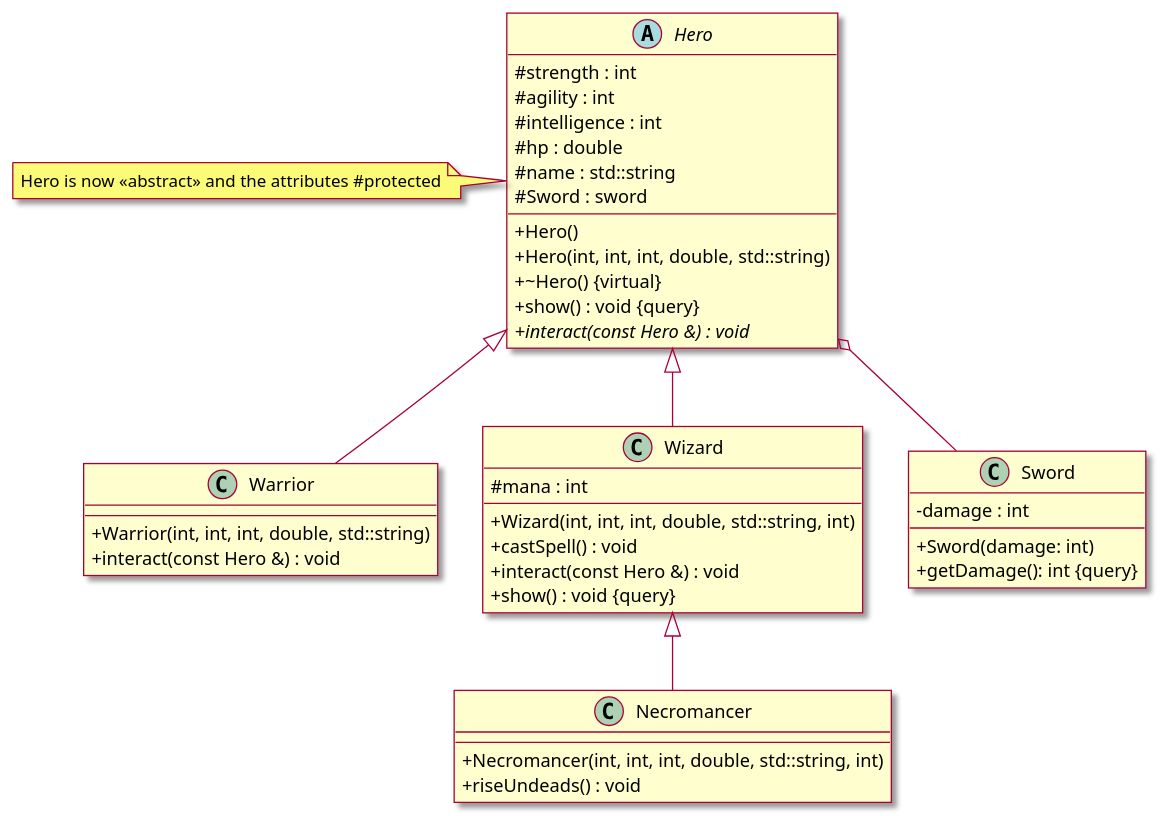
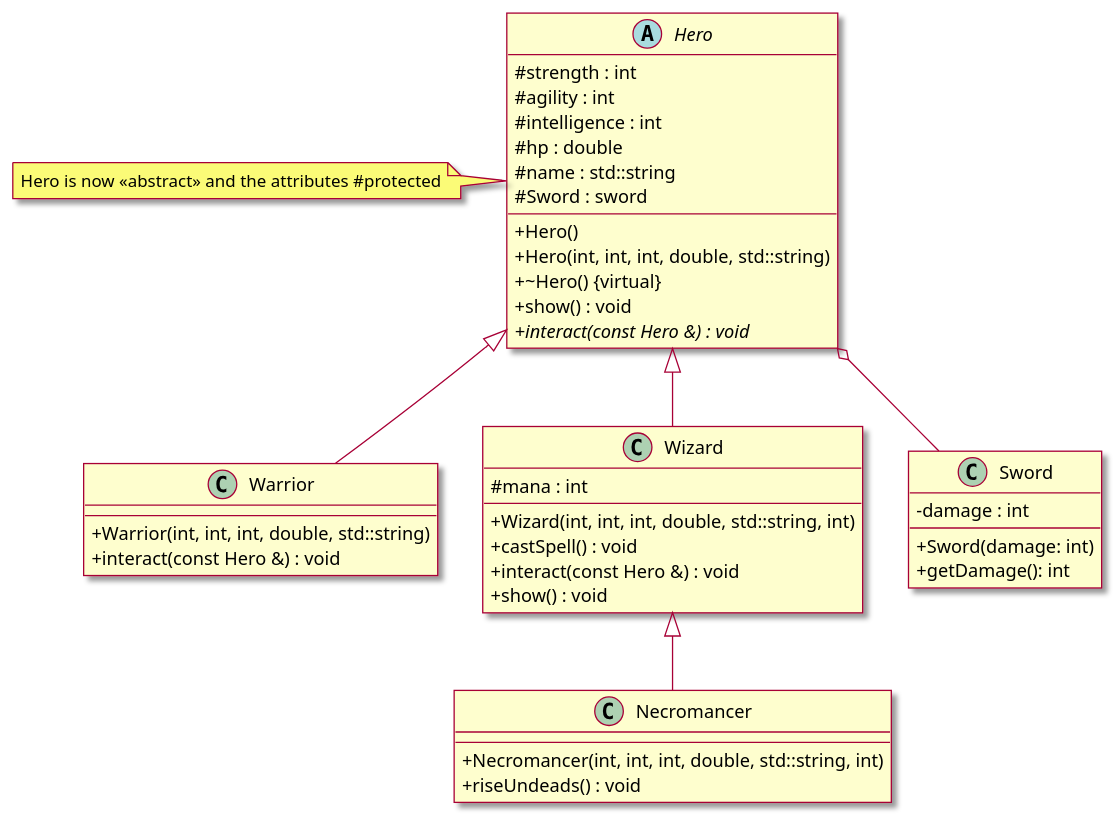
Before and after one commit to HE-Arc/1242.2-Langage_CPP: the diagram in content/docs/cours/ProjetFilRouge_V3.md, drawn with PlantUML. The commit also changed other lines of this file, not shown here.

```diff
--- a/content/docs/cours/ProjetFilRouge_V3.md
+++ b/content/docs/cours/ProjetFilRouge_V3.md
@@ -29,51 +30,51 @@
 {{< plantuml id="V3_Classes">}}
 @startuml
 skin rose
 skinparam classAttributeIconSize 0
 
 class Warrior extends Hero
 class Wizard extends Hero
 class Necromancer extends Wizard
 Hero o-- Sword
 
 abstract class Hero {
    # strength : int
    # agility : int
    # intelligence : int
    # hp : double
    # name : std::string
    # Sword : sword
    + Hero()   
    + Hero(int, int, int, double, std::string)
    + ~Hero() {virtual}
-   + show() : void {query}
+   + show() : void
    + {abstract} interact(const Hero &) : void
 }
 note left: Hero is now <<abstract>> and the attributes #protected
 
 class Warrior {
    + Warrior(int, int, int, double, std::string)
    + interact(const Hero &) : void 
 }
 
 class Wizard {
    # mana : int
    + Wizard(int, int, int, double, std::string, int)
    + castSpell() : void
    + interact(const Hero &) : void
-   + show() : void {query}
+   + show() : void
 }
 
 class Necromancer {
    + Necromancer(int, int, int, double, std::string, int)
    + riseUndeads() : void
 }
 
 class Sword {
    - damage : int
    + Sword(damage: int)
-   + getDamage(): int {query}
+   + getDamage(): int
 }
 
 @enduml
 {{< /plantuml >}}
```
